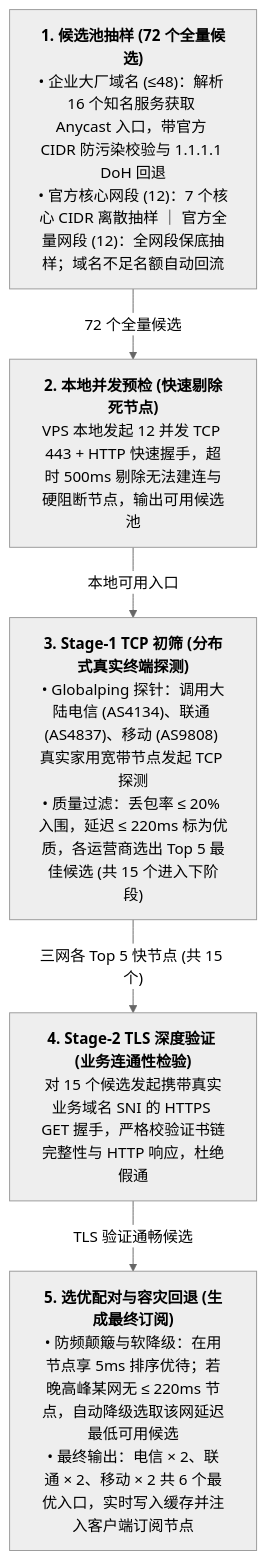
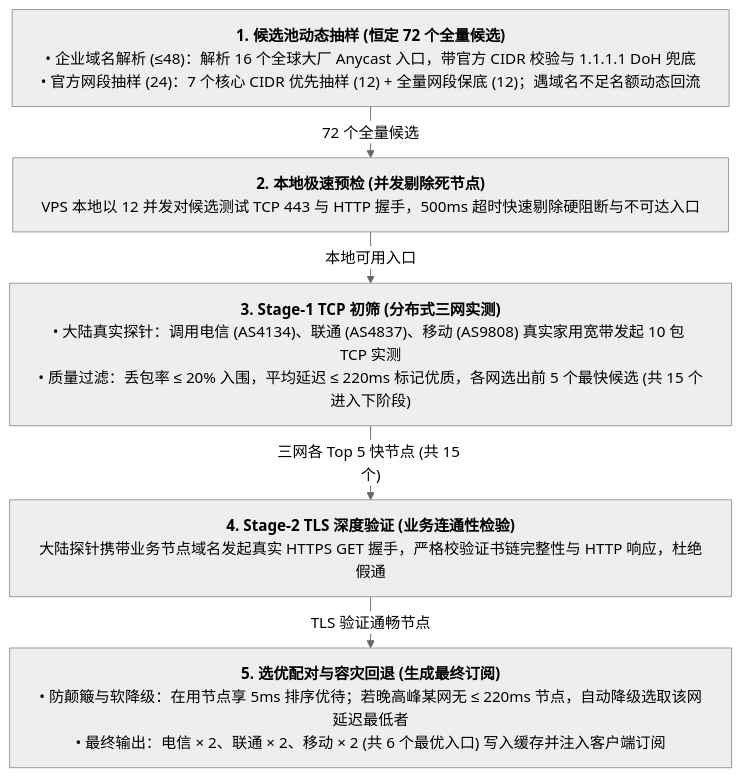
Before and after one commit to v2yiz/easy_all: the diagram in README.md, drawn with Mermaid (neutral theme). The commit also changed 1 other file, not shown here.

Commit message:
docs: 配置 Mermaid wrappingWidth 为 700 拓宽节点并消除密集换行

````diff
--- a/README.md
+++ b/README.md
@@ -132,17 +132,18 @@
 ```mermaid
+%%{init: {"flowchart": {"wrappingWidth": 700, "nodeSpacing": 30, "rankSpacing": 30}}}%%
 flowchart TD
-    S1["<b>1. 候选池抽样 (72 个全量候选)</b><br/>• 企业大厂域名 (≤48)：解析 16 个知名服务获取 Anycast 入口，带官方 CIDR 防污染校验与 1.1.1.1 DoH 回退<br/>• 官方核心网段 (12)：7 个核心 CIDR 离散抽样 ｜ 官方全量网段 (12)：全网段保底抽样；域名不足名额自动回流"]
+    S1["<b>1. 候选池动态抽样 (恒定 72 个全量候选)</b><br/>• 企业域名解析 (≤48)：解析 16 个全球大厂 Anycast 入口，带官方 CIDR 校验与 1.1.1.1 DoH 兜底<br/>• 官方网段抽样 (24)：7 个核心 CIDR 优先抽样 (12) + 全量网段保底 (12)；遇域名不足名额动态回流"]
 
-    S2["<b>2. 本地并发预检 (快速剔除死节点)</b><br/>VPS 本地发起 12 并发 TCP 443 + HTTP 快速握手，超时 500ms 剔除无法建连与硬阻断节点，输出可用候选池"]
+    S2["<b>2. 本地极速预检 (并发剔除死节点)</b><br/>VPS 本地以 12 并发对候选测试 TCP 443 与 HTTP 握手，500ms 超时快速剔除硬阻断与不可达入口"]
 
-    S3["<b>3. Stage-1 TCP 初筛 (分布式真实终端探测)</b><br/>• Globalping 探针：调用大陆电信 (AS4134)、联通 (AS4837)、移动 (AS9808) 真实家用宽带节点发起 TCP 探测<br/>• 质量过滤：丢包率 ≤ 20% 入围，延迟 ≤ 220ms 标为优质，各运营商选出 Top 5 最佳候选 (共 15 个进入下阶段)"]
+    S3["<b>3. Stage-1 TCP 初筛 (分布式三网实测)</b><br/>• 大陆真实探针：调用电信 (AS4134)、联通 (AS4837)、移动 (AS9808) 真实家用宽带发起 10 包 TCP 实测<br/>• 质量过滤：丢包率 ≤ 20% 入围，平均延迟 ≤ 220ms 标记优质，各网选出前 5 个最快候选 (共 15 个进入下阶段)"]
 
-    S4["<b>4. Stage-2 TLS 深度验证 (业务连通性检验)</b><br/>对 15 个候选发起携带真实业务域名 SNI 的 HTTPS GET 握手，严格校验证书链完整性与 HTTP 响应，杜绝假通"]
+    S4["<b>4. Stage-2 TLS 深度验证 (业务连通性检验)</b><br/>大陆探针携带业务节点域名发起真实 HTTPS GET 握手，严格校验证书链完整性与 HTTP 响应，杜绝假通"]
 
-    S5["<b>5. 选优配对与容灾回退 (生成最终订阅)</b><br/>• 防频颠簸与软降级：在用节点享 5ms 排序优待；若晚高峰某网无 ≤ 220ms 节点，自动降级选取该网延迟最低可用候选<br/>• 最终输出：电信 × 2、联通 × 2、移动 × 2 共 6 个最优入口，实时写入缓存并注入客户端订阅节点"]
+    S5["<b>5. 选优配对与容灾回退 (生成最终订阅)</b><br/>• 防颠簸与软降级：在用节点享 5ms 排序优待；若晚高峰某网无 ≤ 220ms 节点，自动降级选取该网延迟最低者<br/>• 最终输出：电信 × 2、联通 × 2、移动 × 2 (共 6 个最优入口) 写入缓存并注入客户端订阅"]
 
     S1 -->|"72 个全量候选"| S2
     S2 -->|"本地可用入口"| S3
     S3 -->|"三网各 Top 5 快节点 (共 15 个)"| S4
-    S4 -->|"TLS 验证通畅候选"| S5
+    S4 -->|"TLS 验证通畅节点"| S5
 ```
````
